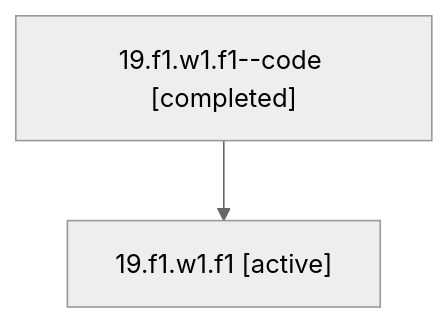
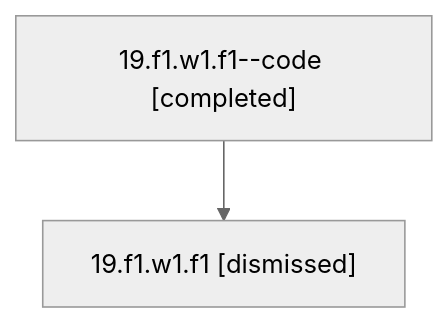
One commit to bobs-org/bob-cli--agents changed the diagram in sessions/bbugyi200.athena.19.f1.w1.f1.md. Above: the diagram before and after it, drawn with Mermaid (neutral theme). The commit also changed other lines of this file and 18 other files, not shown here.

````diff
--- a/sessions/bbugyi200.athena.19.f1.w1.f1.md
+++ b/sessions/bbugyi200.athena.19.f1.w1.f1.md
@@ -9,6 +9,6 @@
 ```mermaid
 flowchart TD
   n0["19.f1.w1.f1--code [completed]"]
-  n1["19.f1.w1.f1 [active]"]
+  n1["19.f1.w1.f1 [dismissed]"]
   n0 --> n1
 ```
````
